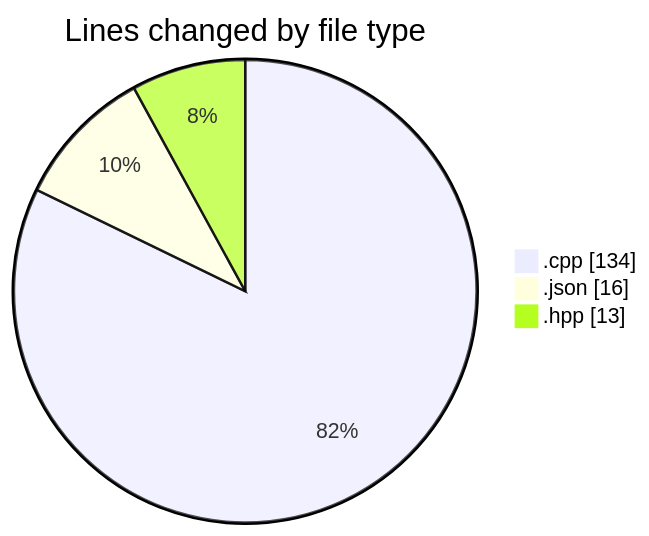
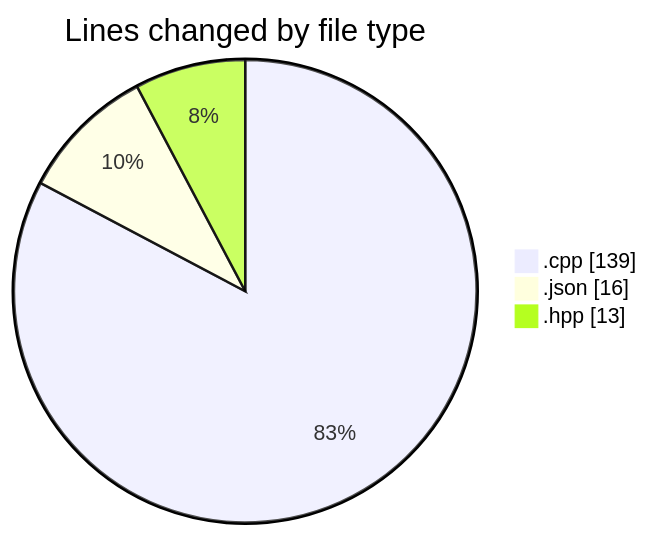
One commit to Netris89/code-tracking changed the first of 2 diagrams in 2025-05-01/date/README.md. Above: the diagram before and after it, drawn with Mermaid. The commit also changed other lines of this file and 1 other file, not shown here.

````diff
--- a/2025-05-01/date/README.md
+++ b/2025-05-01/date/README.md
@@ -22,7 +22,7 @@
 ```mermaid
 pie showData
 title Lines changed by file type
-".cpp" : 134
+".cpp" : 139
 ".json" : 16
 ".hpp" : 13
 ```
````
